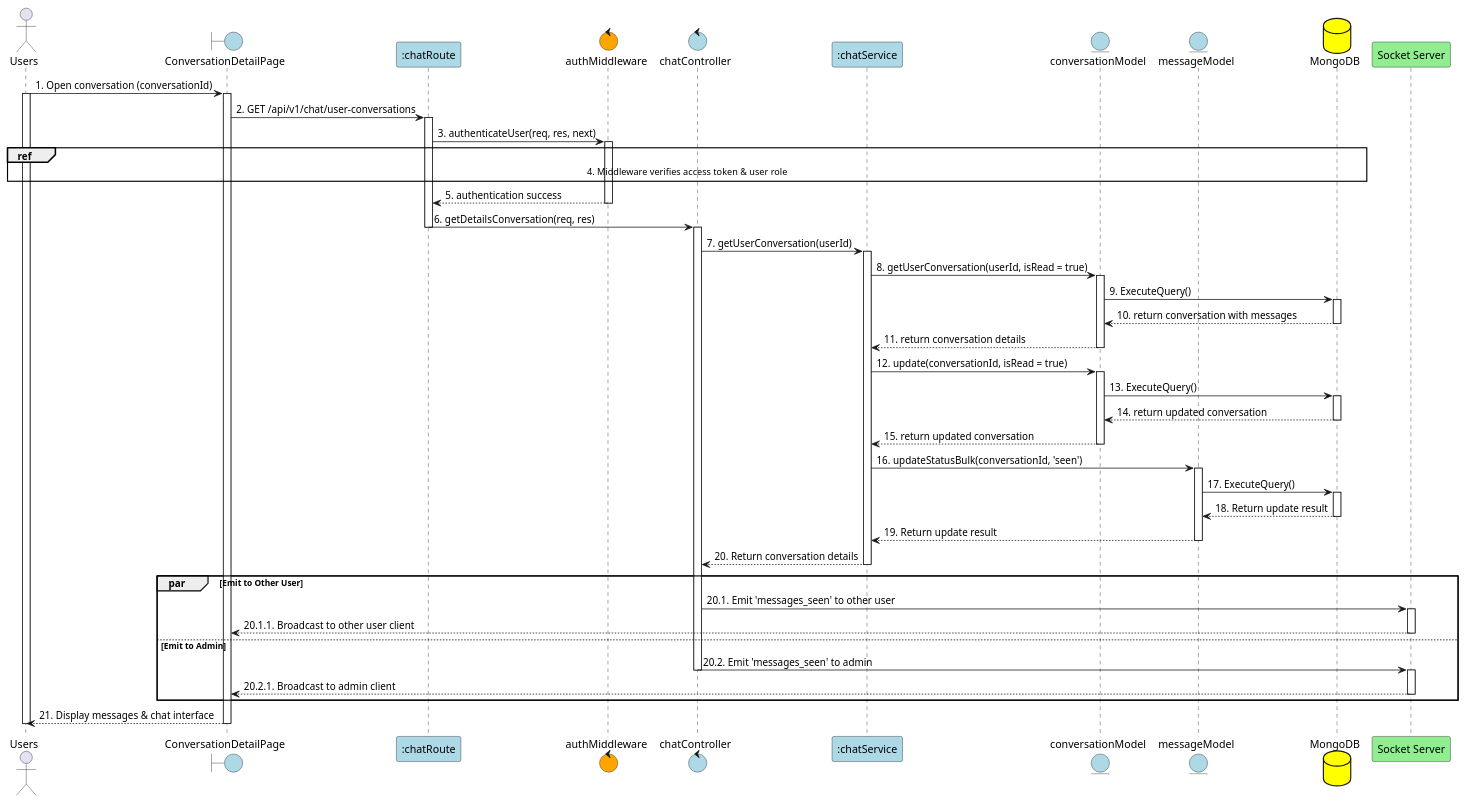
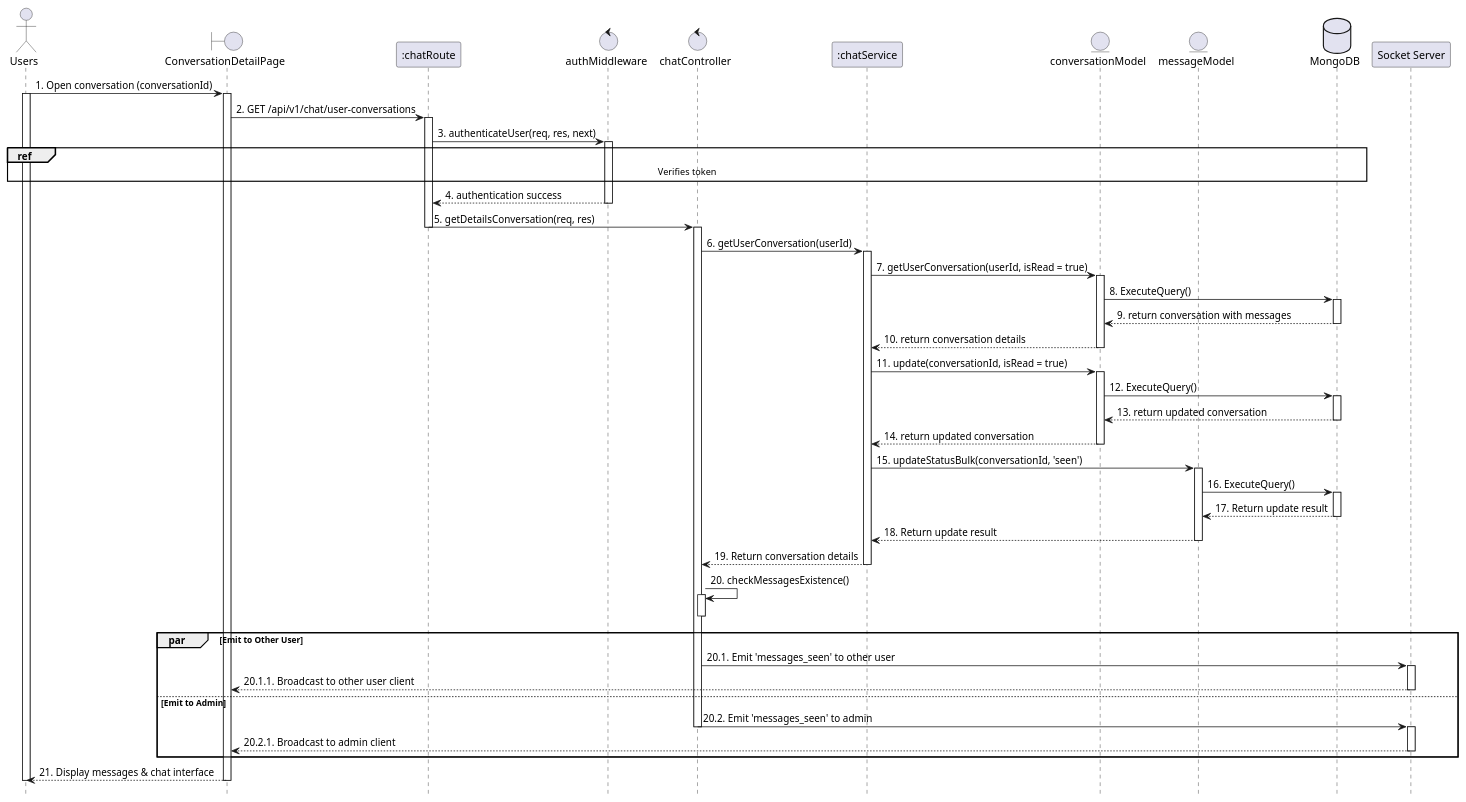
Before and after one commit to VietDurian/VietDurian: the diagram in planuml/web/21.2_viewMessage.puml, drawn with PlantUML. The commit also changed 22 other files, not shown here.

Commit message:
update sequence + be: fix type-product-pagination

```diff
--- a/planuml/web/21.2_viewMessage.puml
+++ b/planuml/web/21.2_viewMessage.puml
@@ -1,89 +1,93 @@
 @startuml ViewMessage
 
 actor User as "Users"
-boundary "ConversationDetailPage" as View #lightblue
-participant ":chatRoute" as Route #lightblue
-control "authMiddleware" as Auth #Orange
-control "chatController" as Controller #lightblue
-participant ":chatService" as Service #lightblue
-entity "conversationModel" as ConvModel #lightblue
-entity "messageModel" as MsgModel #lightblue
-database "MongoDB" as MongoDB #yellow
-participant "Socket Server" as Socket #lightgreen
+boundary "ConversationDetailPage" as View 
+participant ":chatRoute" as Route 
+control "authMiddleware" as Auth 
+control "chatController" as Controller
+participant ":chatService" as Service 
+entity "conversationModel" as ConvModel 
+entity "messageModel" as MsgModel 
+database "MongoDB" as MongoDB 
+participant "Socket Server" as Socket 
+hide footbox
 
     User -> View: 1. Open conversation (conversationId)
     activate User
     activate View
 
     View -> Route: 2. GET /api/v1/chat/user-conversations
     activate Route
 
     Route -> Auth: 3. authenticateUser(req, res, next)
     activate Auth
     
-    ref over User, View, Route, Auth, Controller, Service, ConvModel, MsgModel, MongoDB : 4. Middleware verifies access token & user role
-
-    Auth --> Route: 5. authentication success
+    ref over User, MongoDB : Verifies token
+    Auth --> Route: 4. authentication success
     deactivate Auth
 
-    Route -> Controller: 6. getDetailsConversation(req, res)
+    Route -> Controller: 5. getDetailsConversation(req, res)
     deactivate Route
     activate Controller
 
-    Controller -> Service: 7. getUserConversation(userId)
+    Controller -> Service: 6. getUserConversation(userId)
     activate Service
 
-    Service -> ConvModel: 8. getUserConversation(userId, isRead = true)
+    Service -> ConvModel: 7. getUserConversation(userId, isRead = true)
     activate ConvModel
 
-    ConvModel -> MongoDB: 9. ExecuteQuery()
+    ConvModel -> MongoDB: 8. ExecuteQuery()
     activate MongoDB
-    MongoDB --> ConvModel: 10. return conversation with messages
+    MongoDB --> ConvModel: 9. return conversation with messages
     deactivate MongoDB
 
-    ConvModel --> Service: 11. return conversation details
+    ConvModel --> Service: 10. return conversation details
     deactivate ConvModel
 
-    Service -> ConvModel: 12. update(conversationId, isRead = true)
+    Service -> ConvModel: 11. update(conversationId, isRead = true)
     activate ConvModel
 
-    ConvModel -> MongoDB: 13. ExecuteQuery()
+    ConvModel -> MongoDB: 12. ExecuteQuery()
     activate MongoDB
-    MongoDB --> ConvModel: 14. return updated conversation
+    MongoDB --> ConvModel: 13. return updated conversation
     deactivate MongoDB
 
-    ConvModel --> Service: 15. return updated conversation
+    ConvModel --> Service: 14. return updated conversation
     deactivate ConvModel
 
-    Service -> MsgModel: 16. updateStatusBulk(conversationId, 'seen')
+    Service -> MsgModel: 15. updateStatusBulk(conversationId, 'seen')
     activate MsgModel
 
-    MsgModel -> MongoDB: 17. ExecuteQuery()
+    MsgModel -> MongoDB: 16. ExecuteQuery()
     activate MongoDB
-    MongoDB --> MsgModel: 18. Return update result
+    MongoDB --> MsgModel: 17. Return update result
     deactivate MongoDB
 
-    MsgModel --> Service: 19. Return update result
+    MsgModel --> Service: 18. Return update result
     deactivate MsgModel
 
-    Service --> Controller: 20. Return conversation details
+    Service --> Controller: 19. Return conversation details
     deactivate Service
+
+    Controller -> Controller: 20. checkMessagesExistence()
+    activate Controller
+    deactivate Controller
 
     par Emit to Other User
         Controller -> Socket: 20.1. Emit 'messages_seen' to other user
         activate Socket
         Socket --> View: 20.1.1. Broadcast to other user client
         deactivate Socket
     else Emit to Admin
         Controller -> Socket: 20.2. Emit 'messages_seen' to admin
         deactivate Controller
         activate Socket
         Socket --> View: 20.2.1. Broadcast to admin client
         deactivate Socket
     end
 
     View --> User: 21. Display messages & chat interface
     deactivate View
     deactivate User
 
 @enduml
```
